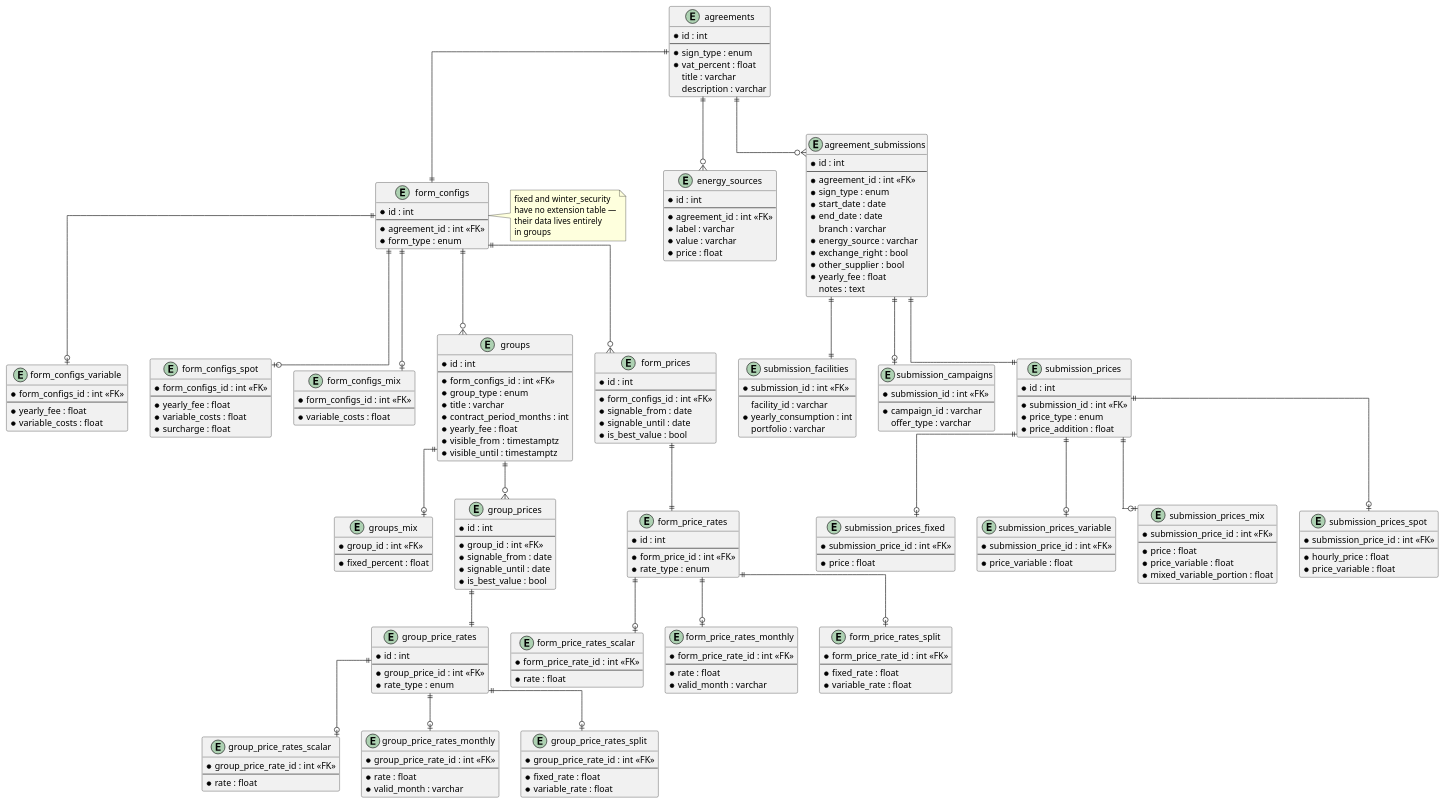
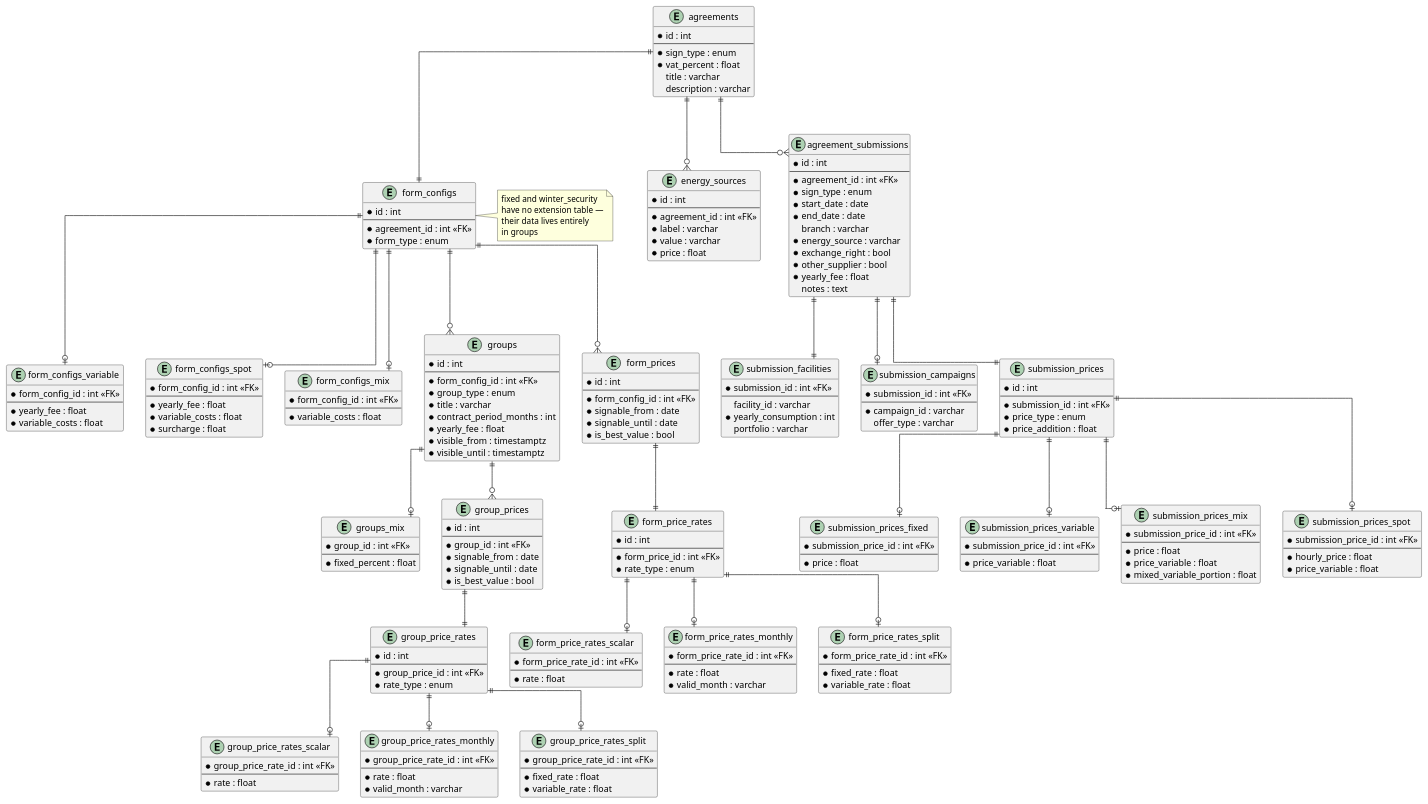
One commit to linusfri/glimr changed the diagram in architecture/database/diagram.puml. Above: the diagram before and after it, drawn with PlantUML.

Commit message:
Naming change

```diff
--- a/architecture/database/diagram.puml
+++ b/architecture/database/diagram.puml
@@ -42,14 +42,14 @@
 /'Reasoning here is that a form type has uniform costs'
 that always applies to the form regardless of pricing that month'/
 entity form_configs_variable {
-  * form_configs_id : int <<FK>>
+  * form_config_id : int <<FK>>
   --
   * yearly_fee : float
   * variable_costs : float
 }
 
 entity form_configs_spot {
-  * form_configs_id : int <<FK>>
+  * form_config_id : int <<FK>>
   --
   * yearly_fee : float
   * variable_costs : float
@@ -57,7 +57,7 @@
 }
 
 entity form_configs_mix {
-  * form_configs_id : int <<FK>>
+  * form_config_id : int <<FK>>
   --
   * variable_costs : float
 }
@@ -81,7 +81,7 @@
 entity groups {
   * id : int
   --
-  * form_configs_id : int <<FK>>
+  * form_config_id : int <<FK>>
   * group_type : enum  /' fixed|mix '/
   * title : varchar
   * contract_period_months : int
@@ -106,7 +106,7 @@
 entity form_prices {
   * id : int
   --
-  * form_configs_id : int <<FK>>  /' variable|spot '/
+  * form_config_id : int <<FK>>  /' variable|spot '/
   * signable_from : date
   * signable_until : date
   * is_best_value : bool
```
